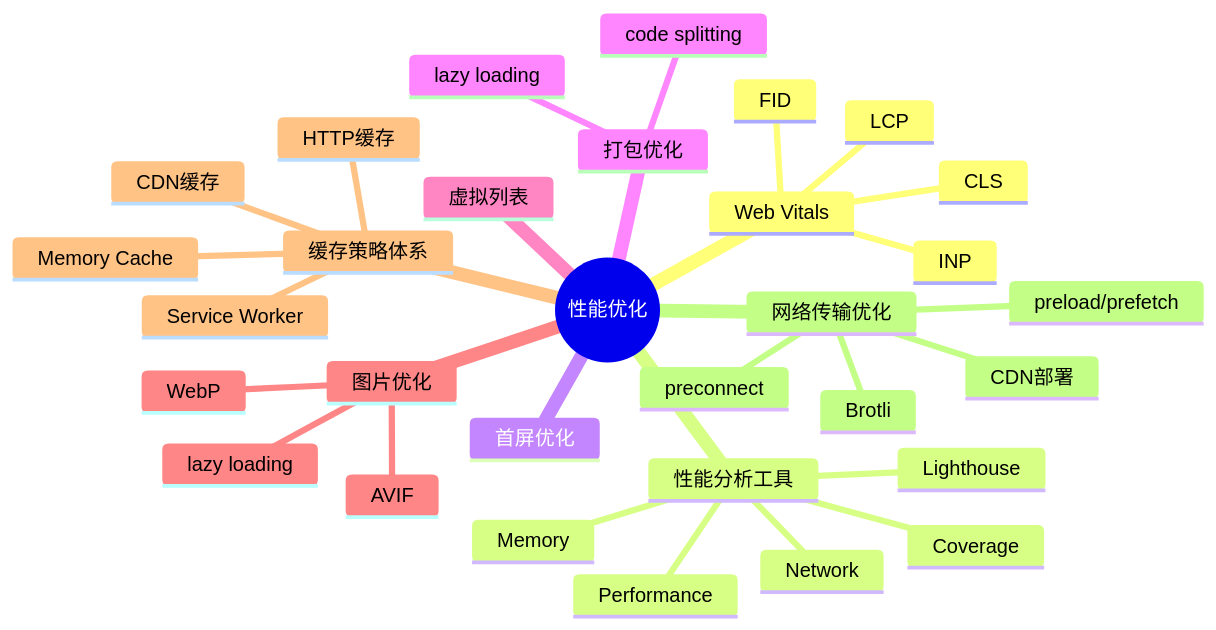
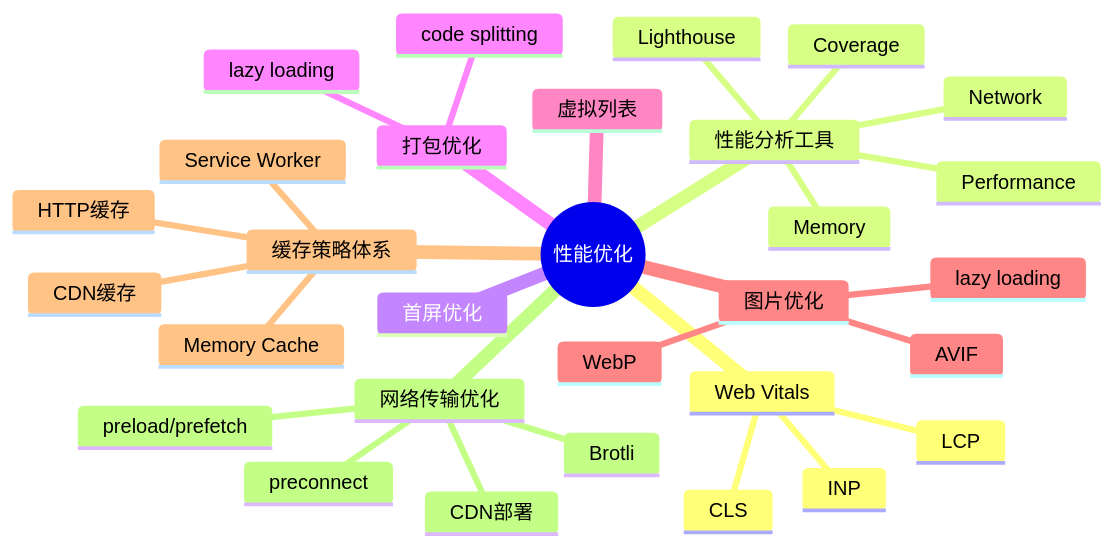
The diagram in docs/性能优化/index.md (zjh42139/interview-notes), drawn with Mermaid before and after one commit. The commit also changed 118 other files, not shown here.

````diff
--- a/docs/性能优化/index.md
+++ b/docs/性能优化/index.md
@@ -17,34 +17,33 @@
 ```mermaid
 mindmap
   root((性能优化))
     Web Vitals
       LCP
-      FID
+      INP
       CLS
-      INP
     性能分析工具
       Performance
       Lighthouse
       Memory
       Network
       Coverage
     首屏优化
     打包优化
       code splitting
       lazy loading
     虚拟列表
     图片优化
       WebP
       AVIF
       lazy loading
     缓存策略体系
       HTTP缓存
       Memory Cache
       Service Worker
       CDN缓存
     网络传输优化
       preload/prefetch
       preconnect
       Brotli
       CDN部署
 ```
````
